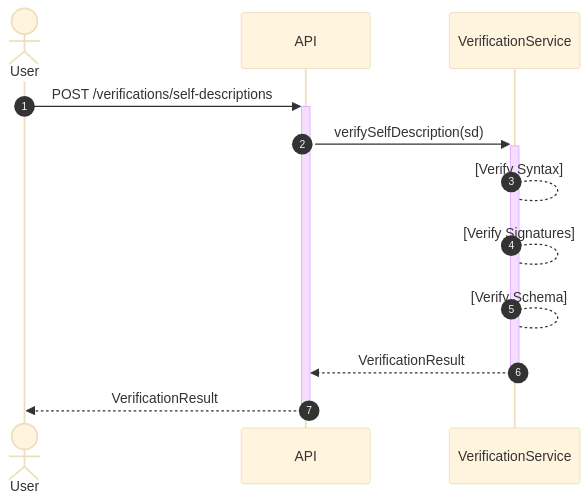
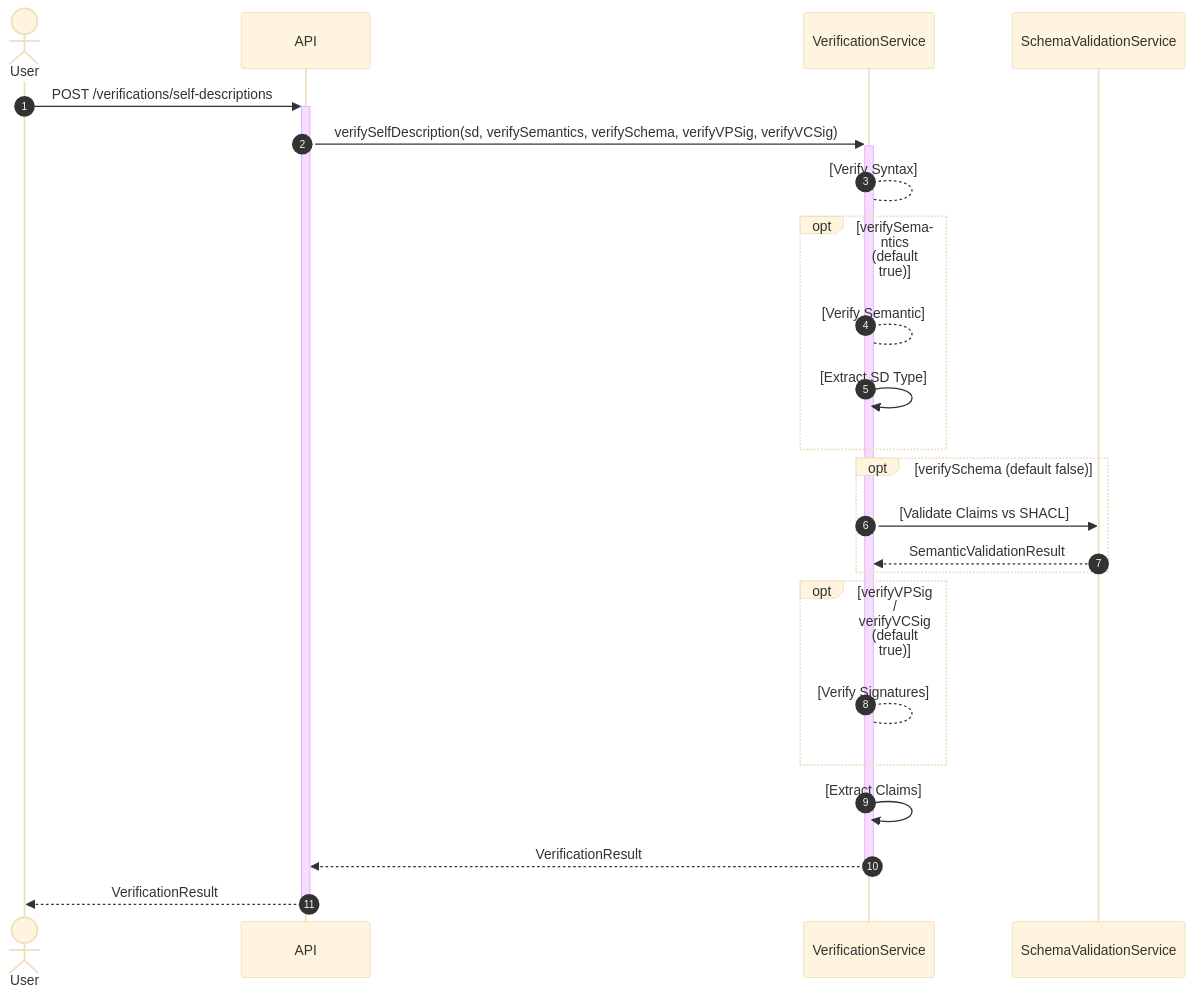
One commit to federated-catalogue-enhancements-2026/docs changed diagram 27 of 31 in federated-catalogue/src/docs/architecture/chapters/06_runtime_view.adoc. Above: the diagram before and after it, drawn with Mermaid (base theme). The commit also changed other lines of this file and 4 other files, not shown here.

Commit message:
Enhance verification process diagrams for Self-Descriptions by making the schema verification step optional

```diff
--- a/federated-catalogue/src/docs/architecture/chapters/06_runtime_view.adoc
+++ b/federated-catalogue/src/docs/architecture/chapters/06_runtime_view.adoc
@@ -797,15 +797,25 @@
 [mermaid, width=2000]
 ....
 sequenceDiagram
     autonumber
     actor User
     participant API
     participant VerificationService
     User ->> + API:POST /verifications/self-descriptions
-    API ->> + VerificationService:verifySelfDescription(sd)
+    API ->> + VerificationService:verifySelfDescription(sd, verifySemantics, verifySchema, verifyVPSig, verifyVCSig)
     VerificationService --> VerificationService:[Verify Syntax]
-    VerificationService --> VerificationService:[Verify Signatures]
-    VerificationService --> VerificationService:[Verify Schema]
+    opt verifySemantics (default true)
+        VerificationService --> VerificationService:[Verify Semantic]
+        VerificationService ->> VerificationService:[Extract SD Type]
+    end
+    opt verifySchema (default false)
+        VerificationService ->> SchemaValidationService:[Validate Claims vs SHACL]
+        SchemaValidationService -->> VerificationService:SemanticValidationResult
+    end
+    opt verifyVPSig / verifyVCSig (default true)
+        VerificationService --> VerificationService:[Verify Signatures]
+    end
+    VerificationService ->> VerificationService:[Extract Claims]
     VerificationService -->> - API:VerificationResult
     API -->> -User: VerificationResult
 ....
```
